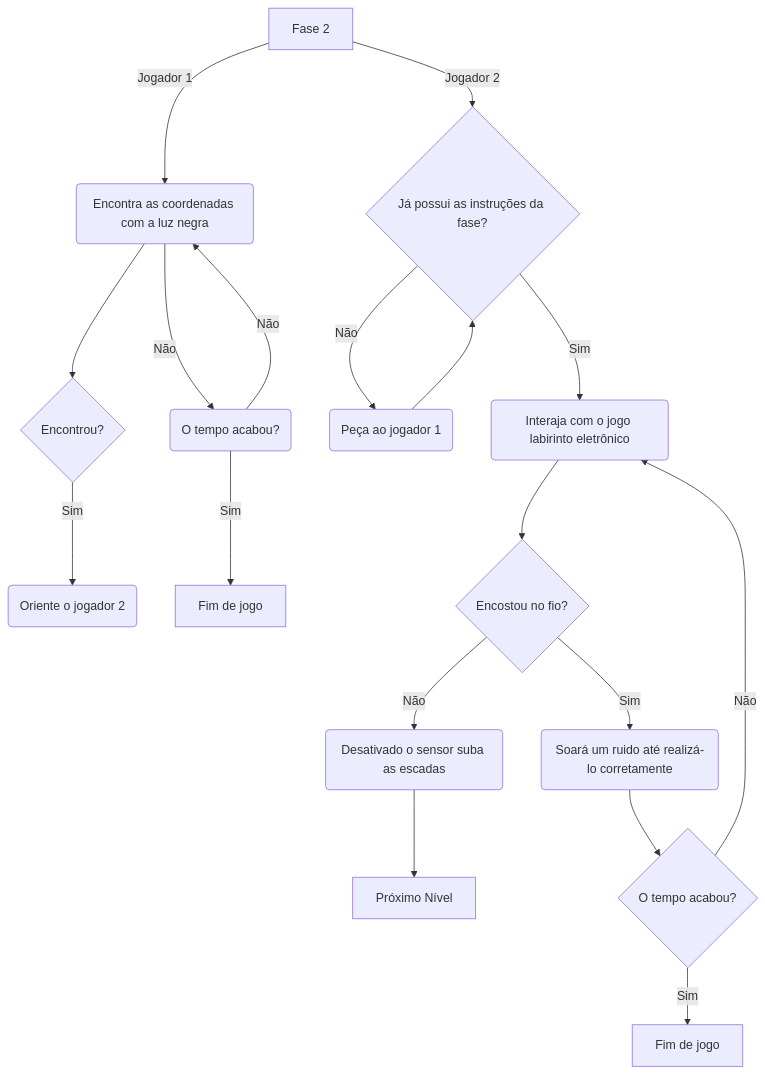
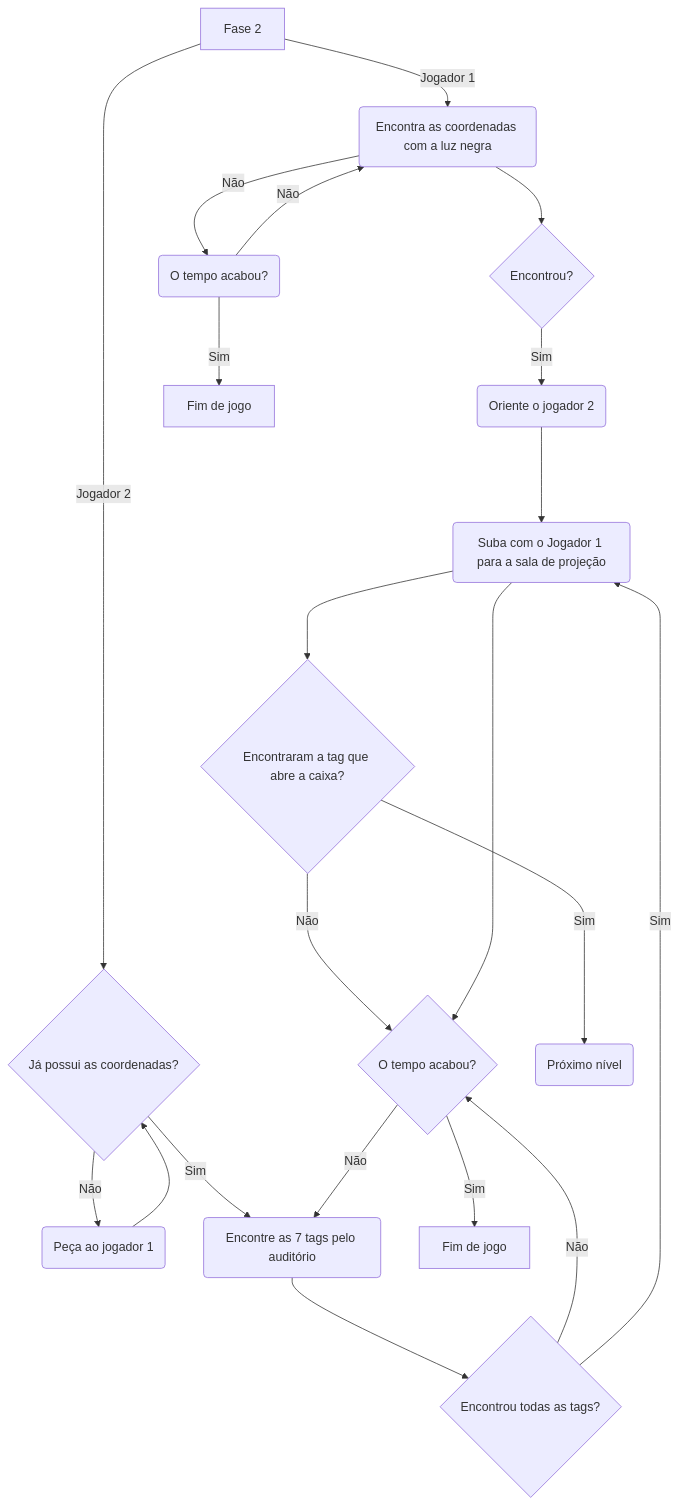
One commit to DinamicCreative/EscapeRoom changed the third of 6 diagrams in README.md. Above: the diagram before and after it, drawn with Mermaid.

Commit message:
fluxograma 2

````diff
--- a/README.md
+++ b/README.md
@@ -79,25 +79,28 @@
 ```mermaid
 flowchart TD
 
 
    AAA[Fase 2]
   AAA --> |Jogador 1| BBB(Encontra as coordenadas com a luz negra)
   BBB --> JJJ{Encontrou?}
   JJJ --> |Sim| KKK(Oriente o jogador 2)
+  KKK ---> GGG
   BBB --> |Não| LLL(O tempo acabou?)
   LLL --> |Sim| MMM[Fim de jogo]
   LLL --> |Não| BBB
  
-  AAA --> |Jogador 2| CCC{Já possui as instruções da fase?}
+  AAA --> |Jogador 2| CCC{Já possui as coordenadas?}
   CCC --> |Não| NNN(Peça ao jogador 1)
   NNN --> CCC
-  CCC --> |Sim| OOO(Interaja com o jogo labirinto eletrônico)
-  OOO --> DDD{Encostou no fio?}
-  DDD --> |Não| EEE(Desativado o sensor suba as escadas)
-  EEE --> ZZZ[Próximo Nível]
-  DDD --> |Sim| GGG(Soará um ruido até realizá-lo corretamente)
+  CCC --> |Sim| OOO(Encontre as 7 tags pelo auditório)
+  OOO --> DDD{Encontrou todas as tags?}
+  DDD --> |Não| HHH
+  DDD --> |Sim| GGG(Suba com o Jogador 1 para a sala de projeção)
+  GGG ---> YYY{Encontraram a tag que abre a caixa?}
+  YYY ---> |Sim| XXX(Próximo nível)
+  YYY ---> |Não| HHH
   GGG --> HHH{O tempo acabou?}
   HHH --> |Sim| III[Fim de jogo]
   HHH --> |Não| OOO
 
 ```
````
